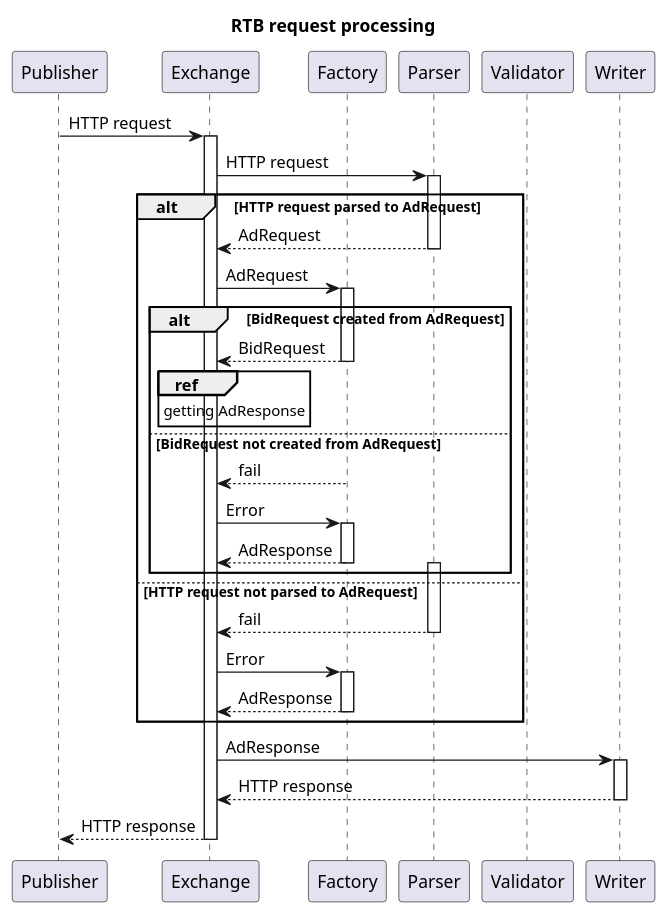
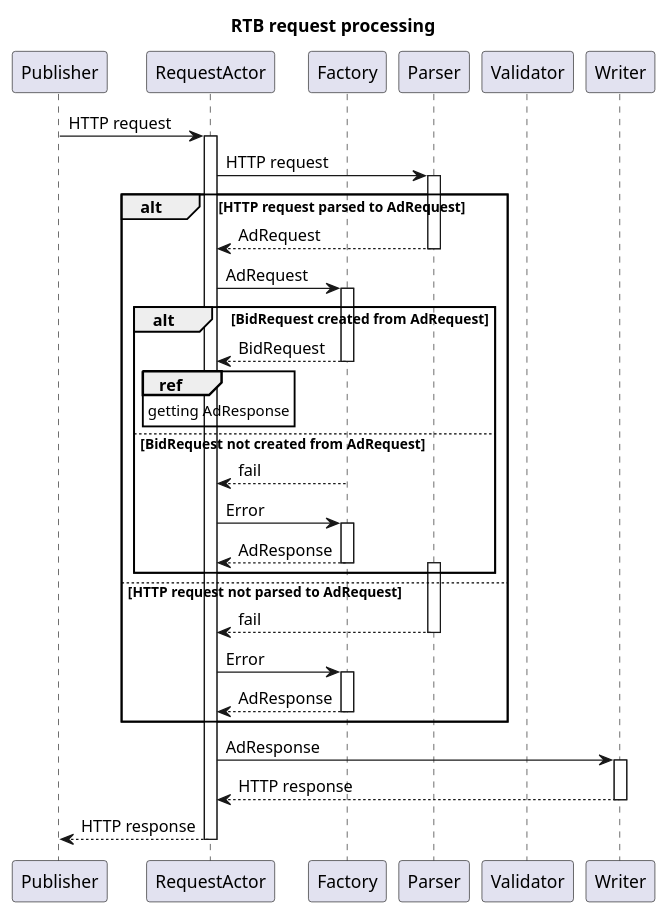
Before and after one commit to bwsw/simple-rtb-exchange: the diagram in diagrams/request_processing.puml, drawn with PlantUML. The commit also changed 1 other file, not shown here.

```diff
--- a/diagrams/request_processing.puml
+++ b/diagrams/request_processing.puml
@@ -1,59 +1,59 @@
 @startuml
 
 title RTB request processing
 
 participant Publisher
-participant Exchange
+participant RequestActor
 participant Factory
 participant Parser
 participant Validator
 participant Writer
 
-Publisher -> Exchange: HTTP request
-activate Exchange
+Publisher -> RequestActor: HTTP request
+activate RequestActor
 
-Exchange -> Parser: HTTP request
+RequestActor -> Parser: HTTP request
 activate Parser
 
 alt HTTP request parsed to AdRequest
-    Exchange <-- Parser: AdRequest
+    RequestActor <-- Parser: AdRequest
     deactivate Parser
-    Exchange -> Factory: AdRequest
+    RequestActor -> Factory: AdRequest
     activate Factory
 
     alt BidRequest created from AdRequest
-        Exchange <-- Factory: BidRequest
+        RequestActor <-- Factory: BidRequest
         deactivate Factory
 
-        ref over Exchange: getting AdResponse
+        ref over RequestActor: getting AdResponse
 
     else BidRequest not created from AdRequest
-        Exchange <-- Factory: fail
+        RequestActor <-- Factory: fail
         deactivate Factory
 
-        Exchange -> Factory: Error
+        RequestActor -> Factory: Error
         activate Factory
-        Exchange <-- Factory: AdResponse
+        RequestActor <-- Factory: AdResponse
         deactivate Factory
 
         activate Parser
     end
 
 else HTTP request not parsed to AdRequest
-    Exchange <-- Parser: fail
+    RequestActor <-- Parser: fail
     deactivate Parser
 
-    Exchange -> Factory: Error
+    RequestActor -> Factory: Error
     activate Factory
-    Exchange <-- Factory: AdResponse
+    RequestActor <-- Factory: AdResponse
     deactivate Factory
 end
 
-Exchange -> Writer: AdResponse
+RequestActor -> Writer: AdResponse
 activate Writer
-Exchange <-- Writer: HTTP response
+RequestActor <-- Writer: HTTP response
 deactivate Writer
-Exchange --> Publisher: HTTP response
-deactivate Exchange
+RequestActor --> Publisher: HTTP response
+deactivate RequestActor
 
 @enduml
```
